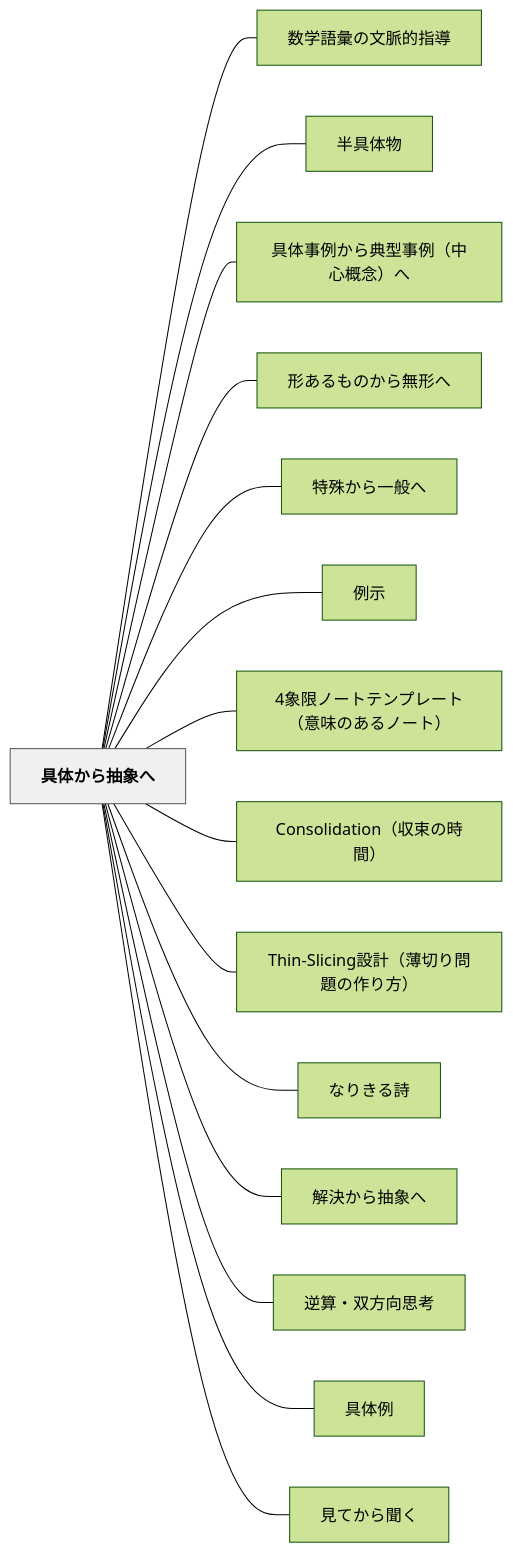
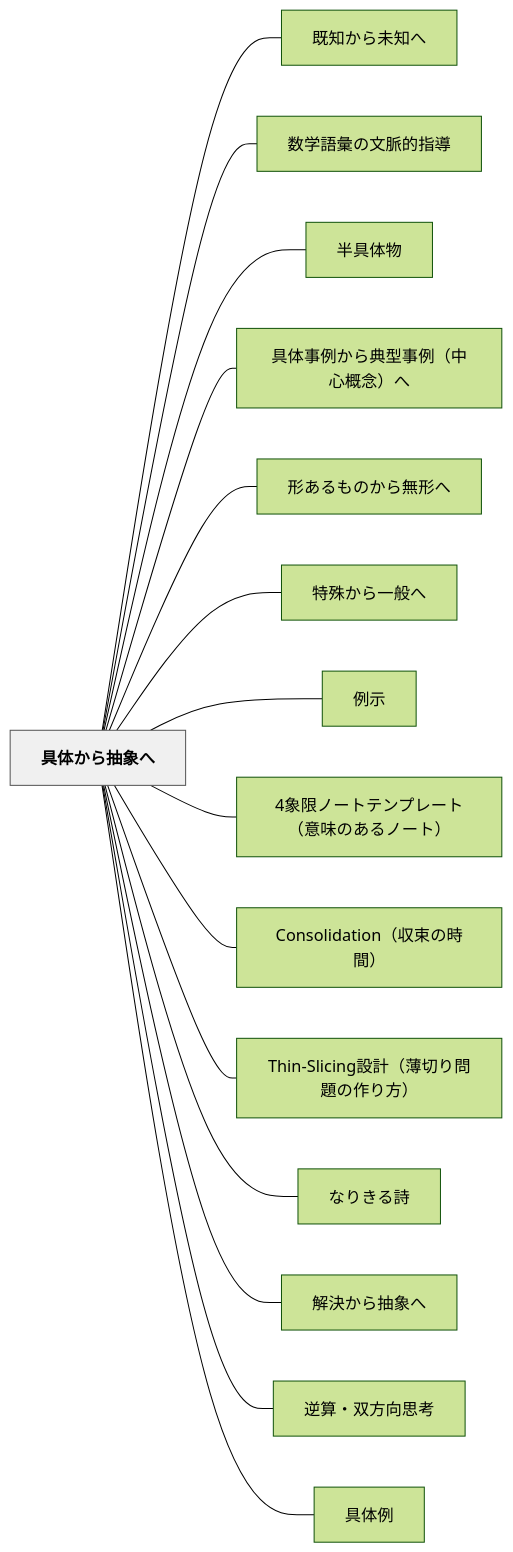
Before and after one commit to unknownthings-ed-patterns/unknownthings-ed-patterns: the diagram in content/パタン/具体から抽象へ.md, drawn with Mermaid (forest theme). The commit also changed other lines of this file and 100 other files, not shown here.

````diff
--- a/content/パタン/具体から抽象へ.md
+++ b/content/パタン/具体から抽象へ.md
@@ -45,36 +45,36 @@
 ```mermaid
 flowchart LR
     ne585b7e4bd93e3818be38289e68abde8b1a1e381b8["具体から抽象へ"]
+    ne697a2e79fa5e3818be38289e69caae79fa5e381b8["既知から未知へ"]
     ne695b0e5ada6e8aa9ee5bd99e381aee69687e88488e79a84e68c87e5b08e["数学語彙の文脈的指導"]
     ne58d8ae585b7e4bd93e789a9["半具体物"]
     ne585b7e4bd93e4ba8be4be8be3818be38289e585b8e59e8be4ba8be4be8befbc88e4b8ade5bf83e6a682e5bfb5efbc89e381b8["具体事例から典型事例（中心概念）へ"]
     ne5bda2e38182e3828be38282e381aee3818be38289e784a1e5bda2e381b8["形あるものから無形へ"]
     ne789b9e6ae8ae3818be38289e4b880e888ace381b8["特殊から一般へ"]
     ne4be8be7a4ba["例示"]
     n34e8b1a1e99990e3838ee383bce38388e38386e383b3e38397e383ace383bce38388efbc88e6848fe591b3e381aee38182e3828be3838ee383bce38388efbc89["4象限ノートテンプレート（意味のあるノート）"]
     n436f6e736f6c69646174696f6eefbc88e58f8ee69d9fe381aee69982e99693efbc89["Consolidation（収束の時間）"]
     n5468696e2d536c6963696e67e8a8ade8a888efbc88e89684e58887e3828ae5958fe9a18ce381aee4bd9ce3828ae696b9efbc89["Thin-Slicing設計（薄切り問題の作り方）"]
     ne381aae3828ae3818de3828be8a9a9["なりきる詩"]
     ne8a7a3e6b1bae3818be38289e68abde8b1a1e381b8["解決から抽象へ"]
     ne98086e7ae97e383bbe58f8ce696b9e59091e6809de88083["逆算・双方向思考"]
     ne585b7e4bd93e4be8b["具体例"]
-    ne8a68be381a6e3818be38289e8819ee3818f["見てから聞く"]
 
+    ne585b7e4bd93e3818be38289e68abde8b1a1e381b8 --- ne697a2e79fa5e3818be38289e69caae79fa5e381b8
     ne585b7e4bd93e3818be38289e68abde8b1a1e381b8 --- ne695b0e5ada6e8aa9ee5bd99e381aee69687e88488e79a84e68c87e5b08e
     ne585b7e4bd93e3818be38289e68abde8b1a1e381b8 --- ne58d8ae585b7e4bd93e789a9
     ne585b7e4bd93e3818be38289e68abde8b1a1e381b8 --- ne585b7e4bd93e4ba8be4be8be3818be38289e585b8e59e8be4ba8be4be8befbc88e4b8ade5bf83e6a682e5bfb5efbc89e381b8
     ne585b7e4bd93e3818be38289e68abde8b1a1e381b8 --- ne5bda2e38182e3828be38282e381aee3818be38289e784a1e5bda2e381b8
     ne585b7e4bd93e3818be38289e68abde8b1a1e381b8 --- ne789b9e6ae8ae3818be38289e4b880e888ace381b8
     ne585b7e4bd93e3818be38289e68abde8b1a1e381b8 --- ne4be8be7a4ba
     ne585b7e4bd93e3818be38289e68abde8b1a1e381b8 --- n34e8b1a1e99990e3838ee383bce38388e38386e383b3e38397e383ace383bce38388efbc88e6848fe591b3e381aee38182e3828be3838ee383bce38388efbc89
     ne585b7e4bd93e3818be38289e68abde8b1a1e381b8 --- n436f6e736f6c69646174696f6eefbc88e58f8ee69d9fe381aee69982e99693efbc89
     ne585b7e4bd93e3818be38289e68abde8b1a1e381b8 --- n5468696e2d536c6963696e67e8a8ade8a888efbc88e89684e58887e3828ae5958fe9a18ce381aee4bd9ce3828ae696b9efbc89
     ne585b7e4bd93e3818be38289e68abde8b1a1e381b8 --- ne381aae3828ae3818de3828be8a9a9
     ne585b7e4bd93e3818be38289e68abde8b1a1e381b8 --- ne8a7a3e6b1bae3818be38289e68abde8b1a1e381b8
     ne585b7e4bd93e3818be38289e68abde8b1a1e381b8 --- ne98086e7ae97e383bbe58f8ce696b9e59091e6809de88083
     ne585b7e4bd93e3818be38289e68abde8b1a1e381b8 --- ne585b7e4bd93e4be8b
-    ne585b7e4bd93e3818be38289e68abde8b1a1e381b8 --- ne8a68be381a6e3818be38289e8819ee3818f
 
     classDef hub fill:#f0f0f0,stroke:#555,color:#000,font-weight:bold
     class ne585b7e4bd93e3818be38289e68abde8b1a1e381b8 hub
 ```
````
